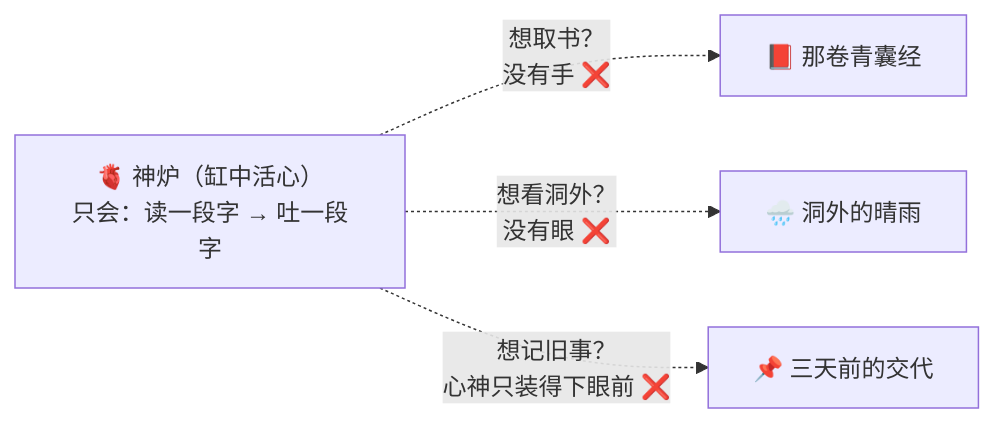
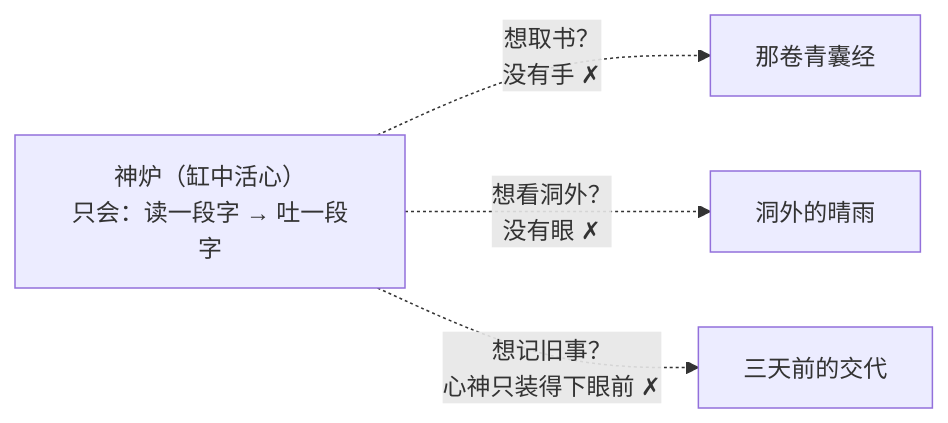
Before and after one commit to luckykhy/KhyAiHub: the first of 4 diagrams in docs/09_STORY_修仙学AI/STORY-番外/[STORY-番外-102] 番外03·护道法阵·御炉真章.md, drawn with Mermaid. The commit also changed other lines of this file and 19 other files, not shown here.

````diff
--- a/docs/09_STORY_修仙学AI/STORY-番外/[STORY-番外-102] 番外03·护道法阵·御炉真章.md
+++ b/docs/09_STORY_修仙学AI/STORY-番外/[STORY-番外-102] 番外03·护道法阵·御炉真章.md
@@ -55,7 +55,7 @@
 ```mermaid
 flowchart LR
-  HEART["🫀 神炉（缸中活心）<br/>只会：读一段字 → 吐一段字"]
-  HEART -.->|"想取书？<br/>没有手 ❌"| B1["📕 那卷青囊经"]
-  HEART -.->|"想看洞外？<br/>没有眼 ❌"| B2["🌧️ 洞外的晴雨"]
-  HEART -.->|"想记旧事？<br/>心神只装得下眼前 ❌"| B3["📌 三天前的交代"]
+  HEART["神炉（缸中活心）<br/>只会：读一段字 → 吐一段字"]
+  HEART -.->|"想取书？<br/>没有手 ✗"| B1["那卷青囊经"]
+  HEART -.->|"想看洞外？<br/>没有眼 ✗"| B2["洞外的晴雨"]
+  HEART -.->|"想记旧事？<br/>心神只装得下眼前 ✗"| B3["三天前的交代"]
 ```
````
